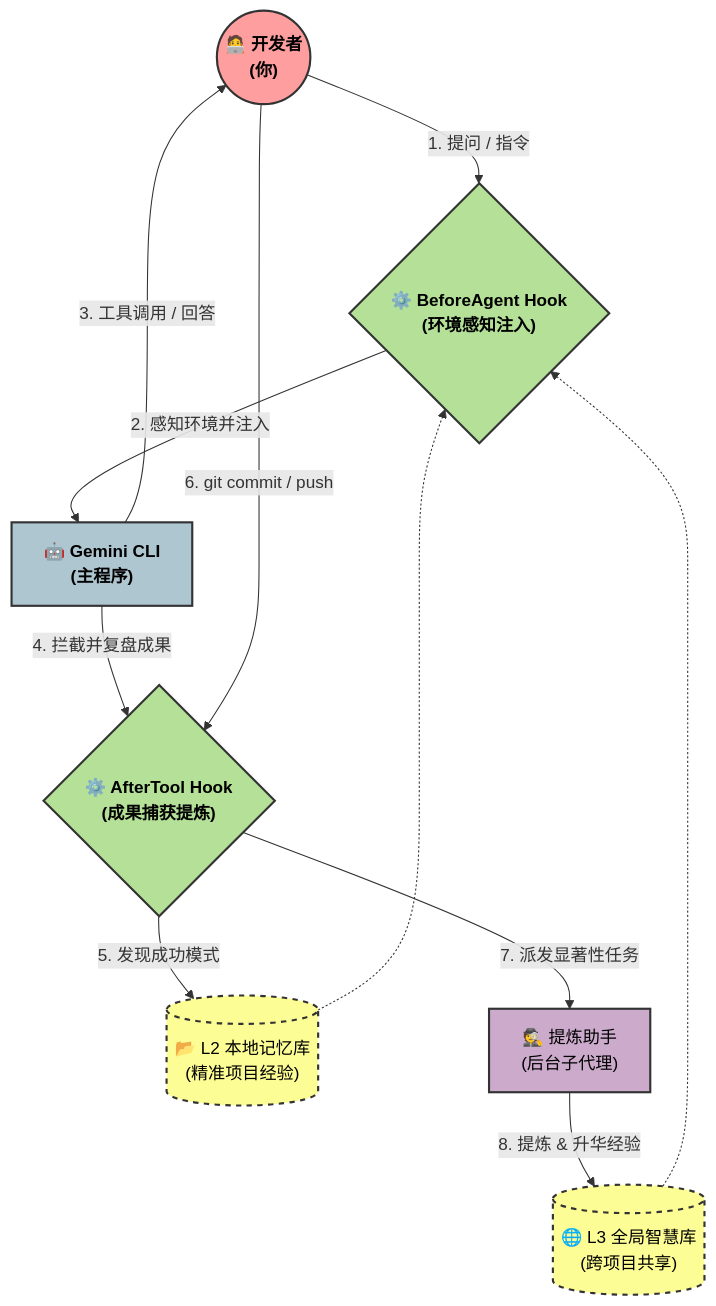
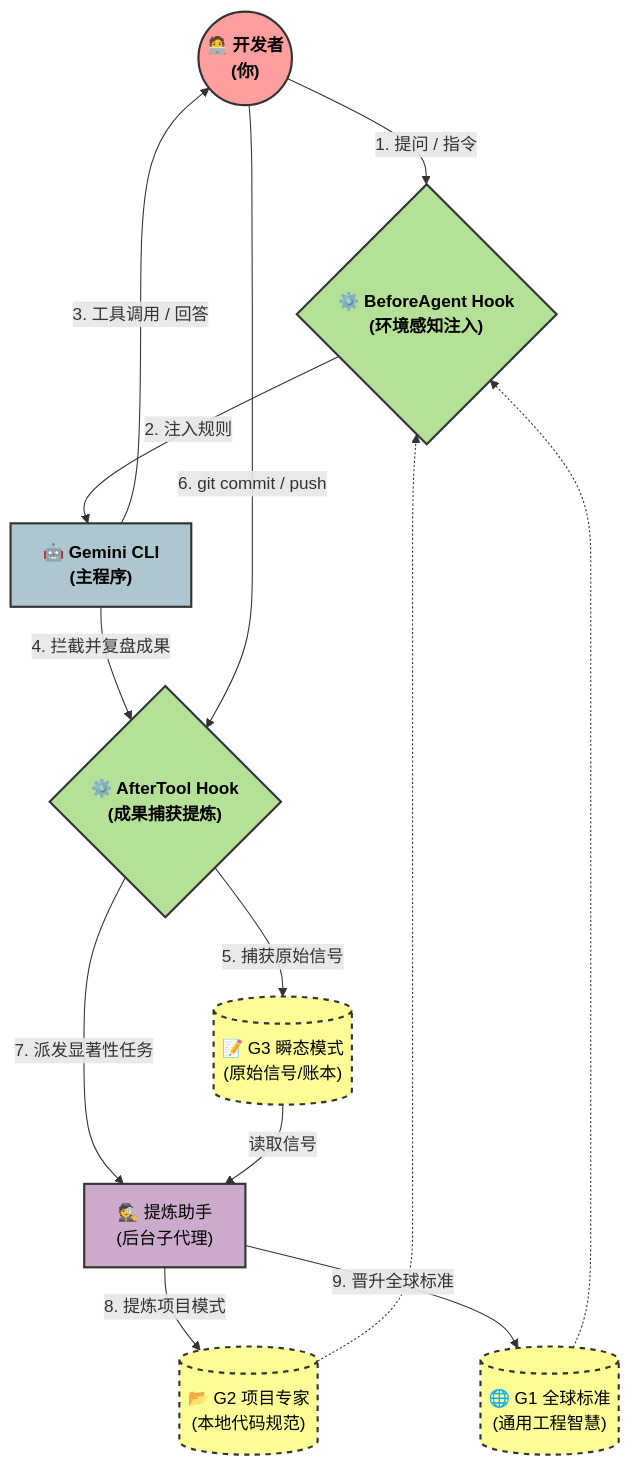
One commit to Biogod2020/ASSA changed the first of 2 diagrams in README_CN.md. Above: the diagram before and after it, drawn with Mermaid. The commit also changed 1 other file, not shown here.

Commit message:
docs: align evolution architecture diagram with G-series model and add G3 patterns

````diff
--- a/README_CN.md
+++ b/README_CN.md
@@ -19,37 +19,40 @@
 ```mermaid
 flowchart TD
     %% Define Styles
     classDef userNode fill:#FF9E9E,stroke:#333,stroke-width:2px,color:#000,font-weight:bold
     classDef geminiNode fill:#AEC6CF,stroke:#333,stroke-width:2px,color:#000,font-weight:bold
     classDef assaNode fill:#B4E197,stroke:#333,stroke-width:2px,color:#000,font-weight:bold
     classDef memoryNode fill:#FDFD96,stroke:#333,stroke-width:2px,color:#000,stroke-dasharray: 5 5
     classDef subAgentNode fill:#CBAACB,stroke:#333,stroke-width:2px,color:#000
 
     %% Nodes
     User(("🧑‍💻 开发者<br/>(你)")):::userNode
     Gemini["🤖 Gemini CLI<br/>(主程序)"]:::geminiNode
     Hook_Before{"⚙️ BeforeAgent Hook<br/>(环境感知注入)"}:::assaNode
     Hook_After{"⚙️ AfterTool Hook<br/>(成果捕获提炼)"}:::assaNode
     
-    Mem_Local[("📂 L2 本地记忆库<br/>(精准项目经验)")]:::memoryNode
-    Mem_Global[("🌐 L3 全局智慧库<br/>(跨项目共享)")]:::memoryNode
+    Mem_G3[("📝 G3 瞬态模式<br/>(原始信号/账本)")]:::memoryNode
+    Mem_G2[("📂 G2 项目专家<br/>(本地代码规范)")]:::memoryNode
+    Mem_G1[("🌐 G1 全球标准<br/>(通用工程智慧)")]:::memoryNode
     
     SubAgent["🕵️ 提炼助手<br/>(后台子代理)"]:::subAgentNode
 
     %% Flow: Normal Conversation
     User -- "1. 提问 / 指令" --> Hook_Before
-    Hook_Before -- "2. 感知环境并注入" --> Gemini
-    Mem_Local -.-> Hook_Before
-    Mem_Global -.-> Hook_Before
+    Hook_Before -- "2. 注入规则" --> Gemini
+    Mem_G2 -.-> Hook_Before
+    Mem_G1 -.-> Hook_Before
 
     Gemini -- "3. 工具调用 / 回答" --> User
     Gemini -- "4. 拦截并复盘成果" --> Hook_After
     
     %% Flow: Reflex Evolution
-    Hook_After -- "5. 发现成功模式" --> Mem_Local
+    Hook_After -- "5. 捕获原始信号" --> Mem_G3
     
     %% Flow: Deep Evolution
     User -- "6. git commit / push" --> Hook_After
     Hook_After -- "7. 派发显著性任务" --> SubAgent
-    SubAgent -- "8. 提炼 & 升华经验" --> Mem_Global
+    SubAgent -- "8. 提炼项目模式" --> Mem_G2
+    SubAgent -- "9. 晋升全球标准" --> Mem_G1
+    Mem_G3 -- "读取信号" --> SubAgent
 ```
````
